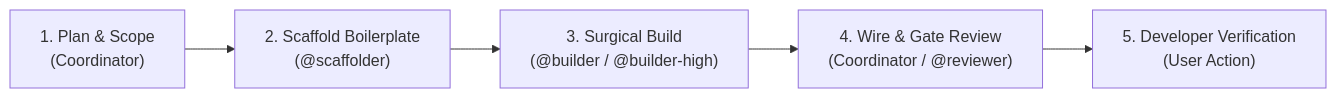
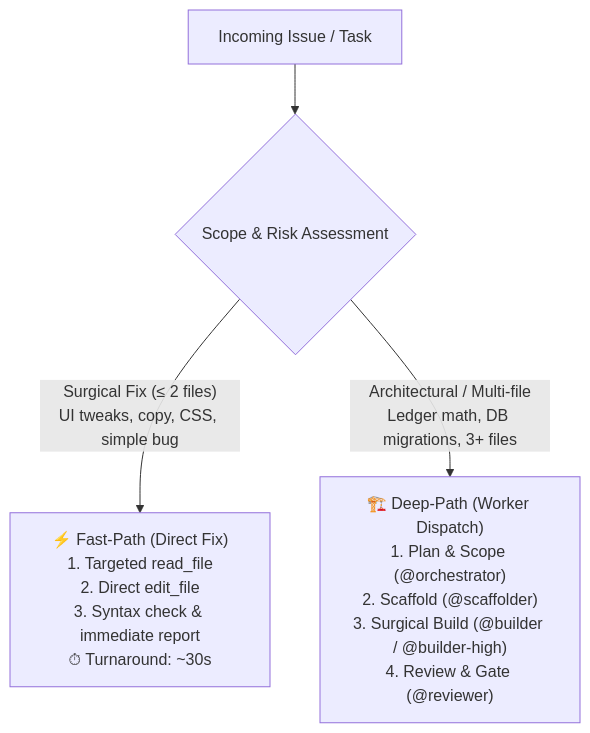
The diagram in .agents/skills/daykhata-workflow/SKILL.md (Bisai20i/day-khata-multi-tenant), drawn with Mermaid before and after one commit. The commit also changed other lines of this file and 70 other files, not shown here.

````diff
--- a/.agents/skills/daykhata-workflow/SKILL.md
+++ b/.agents/skills/daykhata-workflow/SKILL.md
@@ -19,7 +19,8 @@
 ```mermaid
-flowchart LR
-    A["1. Plan & Scope<br/>(Coordinator)"] --> B["2. Scaffold Boilerplate<br/>(@scaffolder)"]
-    B --> C["3. Surgical Build<br/>(@builder / @builder-high)"]
-    C --> D["4. Wire & Gate Review<br/>(Coordinator / @reviewer)"]
-    D --> E["5. Developer Verification<br/>(User Action)"]
+flowchart TD
+    Issue["Incoming Issue / Task"] --> Triage{"Scope & Risk Assessment"}
+    
+    Triage -- "Surgical Fix (≤ 2 files)<br/>UI tweaks, copy, CSS, simple bug" --> Fast["⚡ Fast-Path (Direct Fix)<br/>1. Targeted read_file<br/>2. Direct edit_file<br/>3. Syntax check & immediate report<br/>⏱ Turnaround: ~30s"]
+    
+    Triage -- "Architectural / Multi-file<br/>Ledger math, DB migrations, 3+ files" --> Deep["🏗️ Deep-Path (Worker Dispatch)<br/>1. Plan & Scope (@orchestrator)<br/>2. Scaffold (@scaffolder)<br/>3. Surgical Build (@builder / @builder-high)<br/>4. Review & Gate (@reviewer)"]
 ```
````
